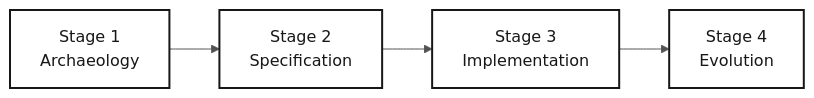
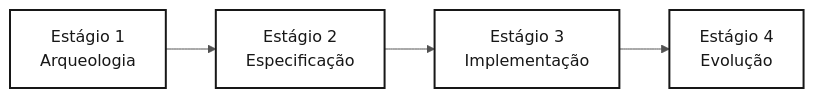
The diagram in 05-personas/10-tech-writer/PERSONA.md (paulasilvatech/datacorp-sifap-team-kit-pt-br), drawn with Mermaid before and after one commit. The commit also changed other lines of this file and 361 other files, not shown here.

````diff
--- a/05-personas/10-tech-writer/PERSONA.md
+++ b/05-personas/10-tech-writer/PERSONA.md
@@ -30,9 +30,9 @@
 ```mermaid
 %%{init: {'theme':'neutral','themeVariables':{'fontFamily':'ui-sans-serif, system-ui, sans-serif','primaryColor':'#F5F5F5','primaryTextColor':'#171717','primaryBorderColor':'#171717','lineColor':'#525252','secondaryColor':'#FFFFFF','tertiaryColor':'#FAFAFA','background':'#FFFFFF'}}}%%
 flowchart LR
     classDef step fill:#F5F5F5,stroke:#171717,color:#171717
     classDef active fill:#FFFFFF,stroke:#171717,color:#171717,stroke-width:2px
-    S1["Stage 1<br/>Archaeology"]:::active --> S2["Stage 2<br/>Specification"]:::active
-    S2 --> S3["Stage 3<br/>Implementation"]:::active
-    S3 --> S4["Stage 4<br/>Evolution"]:::active
+    S1["Estágio 1<br/>Arqueologia"]:::active --> S2["Estágio 2<br/>Especificação"]:::active
+    S2 --> S3["Estágio 3<br/>Implementação"]:::active
+    S3 --> S4["Estágio 4<br/>Evolução"]:::active
 ```
````
